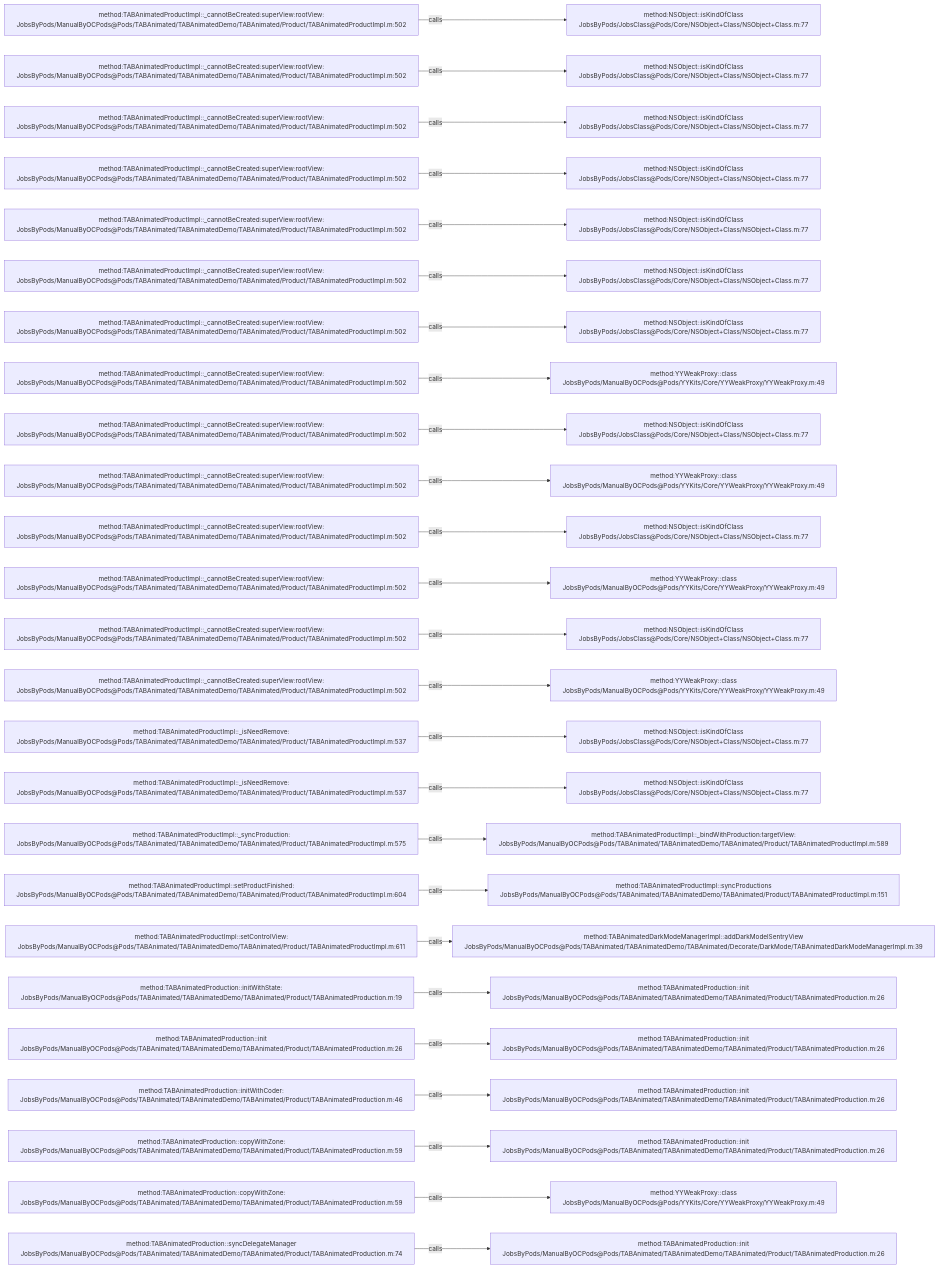
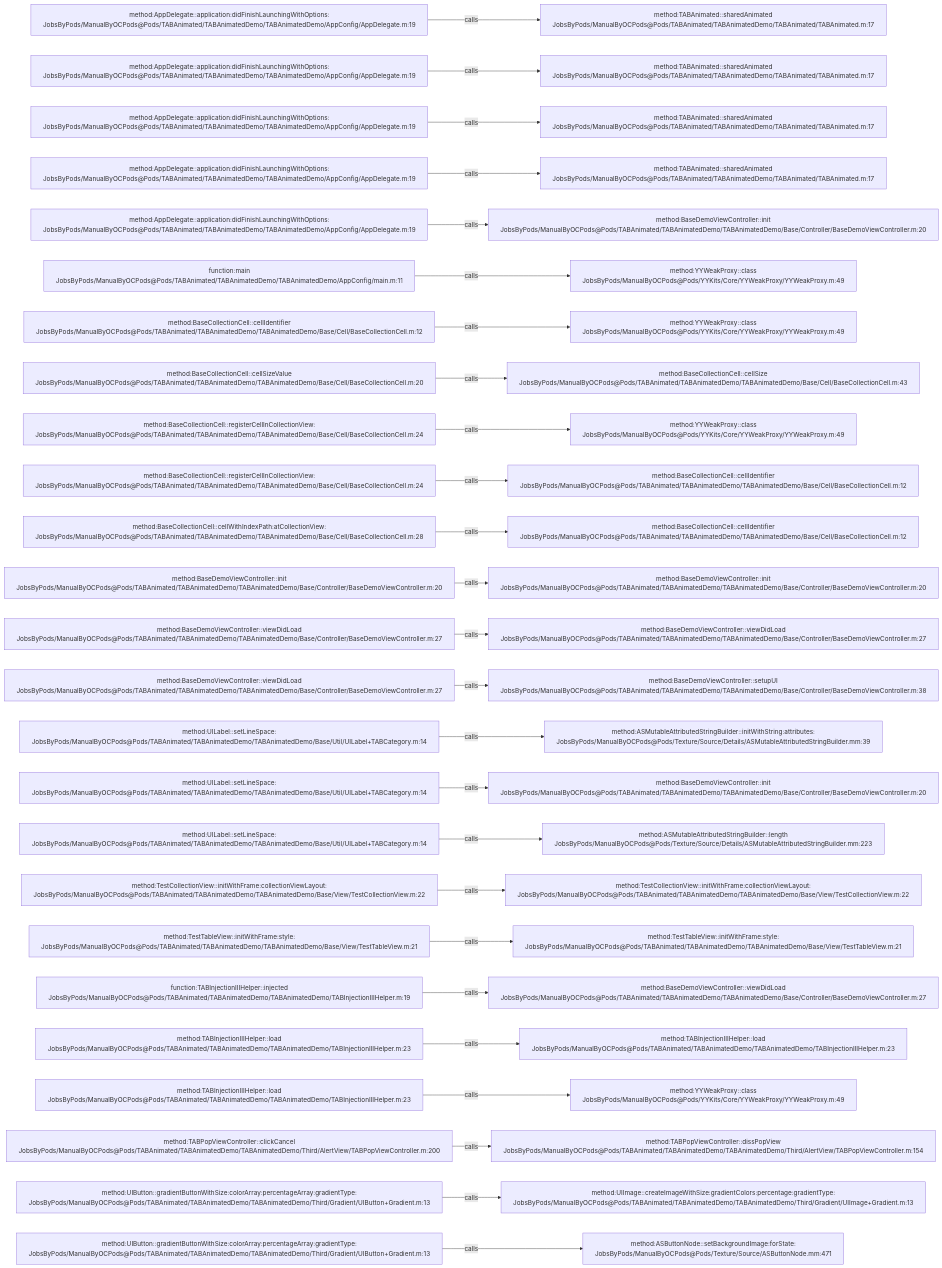
The diagram in .codegraph/codegraph.md/graphs/calls-038.md (JobsKits/JobsOCBaseConfigDemo), drawn with Mermaid before and after one commit. The commit also changed 1353 other files, not shown here.

````diff
--- a/.codegraph/codegraph.md/graphs/calls-038.md
+++ b/.codegraph/codegraph.md/graphs/calls-038.md
@@ -13,78 +13,78 @@
 ```mermaid
 flowchart LR
-  S1["method:TABAnimatedProductImpl::_cannotBeCreated:superView:rootView:<br/>JobsByPods/ManualByOCPods@Pods/TABAnimated/TABAnimatedDemo/TABAnimated/Product/TABAnimatedProductImpl.m:502"]
-  T1["method:NSObject::isKindOfClass<br/>JobsByPods/JobsClass@Pods/Core/NSObject+Class/NSObject+Class.m:77"]
+  S1["method:AppDelegate::application:didFinishLaunchingWithOptions:<br/>JobsByPods/ManualByOCPods@Pods/TABAnimated/TABAnimatedDemo/TABAnimatedDemo/AppConfig/AppDelegate.m:19"]
+  T1["method:TABAnimated::sharedAnimated<br/>JobsByPods/ManualByOCPods@Pods/TABAnimated/TABAnimatedDemo/TABAnimated/TABAnimated.m:17"]
   S1 -->|calls| T1
-  S2["method:TABAnimatedProductImpl::_cannotBeCreated:superView:rootView:<br/>JobsByPods/ManualByOCPods@Pods/TABAnimated/TABAnimatedDemo/TABAnimated/Product/TABAnimatedProductImpl.m:502"]
-  T2["method:NSObject::isKindOfClass<br/>JobsByPods/JobsClass@Pods/Core/NSObject+Class/NSObject+Class.m:77"]
+  S2["method:AppDelegate::application:didFinishLaunchingWithOptions:<br/>JobsByPods/ManualByOCPods@Pods/TABAnimated/TABAnimatedDemo/TABAnimatedDemo/AppConfig/AppDelegate.m:19"]
+  T2["method:TABAnimated::sharedAnimated<br/>JobsByPods/ManualByOCPods@Pods/TABAnimated/TABAnimatedDemo/TABAnimated/TABAnimated.m:17"]
   S2 -->|calls| T2
-  S3["method:TABAnimatedProductImpl::_cannotBeCreated:superView:rootView:<br/>JobsByPods/ManualByOCPods@Pods/TABAnimated/TABAnimatedDemo/TABAnimated/Product/TABAnimatedProductImpl.m:502"]
-  T3["method:NSObject::isKindOfClass<br/>JobsByPods/JobsClass@Pods/Core/NSObject+Class/NSObject+Class.m:77"]
+  S3["method:AppDelegate::application:didFinishLaunchingWithOptions:<br/>JobsByPods/ManualByOCPods@Pods/TABAnimated/TABAnimatedDemo/TABAnimatedDemo/AppConfig/AppDelegate.m:19"]
+  T3["method:TABAnimated::sharedAnimated<br/>JobsByPods/ManualByOCPods@Pods/TABAnimated/TABAnimatedDemo/TABAnimated/TABAnimated.m:17"]
   S3 -->|calls| T3
-  S4["method:TABAnimatedProductImpl::_cannotBeCreated:superView:rootView:<br/>JobsByPods/ManualByOCPods@Pods/TABAnimated/TABAnimatedDemo/TABAnimated/Product/TABAnimatedProductImpl.m:502"]
-  T4["method:NSObject::isKindOfClass<br/>JobsByPods/JobsClass@Pods/Core/NSObject+Class/NSObject+Class.m:77"]
+  S4["method:AppDelegate::application:didFinishLaunchingWithOptions:<br/>JobsByPods/ManualByOCPods@Pods/TABAnimated/TABAnimatedDemo/TABAnimatedDemo/AppConfig/AppDelegate.m:19"]
+  T4["method:TABAnimated::sharedAnimated<br/>JobsByPods/ManualByOCPods@Pods/TABAnimated/TABAnimatedDemo/TABAnimated/TABAnimated.m:17"]
   S4 -->|calls| T4
-  S5["method:TABAnimatedProductImpl::_cannotBeCreated:superView:rootView:<br/>JobsByPods/ManualByOCPods@Pods/TABAnimated/TABAnimatedDemo/TABAnimated/Product/TABAnimatedProductImpl.m:502"]
-  T5["method:NSObject::isKindOfClass<br/>JobsByPods/JobsClass@Pods/Core/NSObject+Class/NSObject+Class.m:77"]
+  S5["method:AppDelegate::application:didFinishLaunchingWithOptions:<br/>JobsByPods/ManualByOCPods@Pods/TABAnimated/TABAnimatedDemo/TABAnimatedDemo/AppConfig/AppDelegate.m:19"]
+  T5["method:BaseDemoViewController::init<br/>JobsByPods/ManualByOCPods@Pods/TABAnimated/TABAnimatedDemo/TABAnimatedDemo/Base/Controller/BaseDemoViewController.m:20"]
   S5 -->|calls| T5
-  S6["method:TABAnimatedProductImpl::_cannotBeCreated:superView:rootView:<br/>JobsByPods/ManualByOCPods@Pods/TABAnimated/TABAnimatedDemo/TABAnimated/Product/TABAnimatedProductImpl.m:502"]
-  T6["method:NSObject::isKindOfClass<br/>JobsByPods/JobsClass@Pods/Core/NSObject+Class/NSObject+Class.m:77"]
+  S6["function:main<br/>JobsByPods/ManualByOCPods@Pods/TABAnimated/TABAnimatedDemo/TABAnimatedDemo/AppConfig/main.m:11"]
+  T6["method:YYWeakProxy::class<br/>JobsByPods/ManualByOCPods@Pods/YYKits/Core/YYWeakProxy/YYWeakProxy.m:49"]
   S6 -->|calls| T6
-  S7["method:TABAnimatedProductImpl::_cannotBeCreated:superView:rootView:<br/>JobsByPods/ManualByOCPods@Pods/TABAnimated/TABAnimatedDemo/TABAnimated/Product/TABAnimatedProductImpl.m:502"]
-  T7["method:NSObject::isKindOfClass<br/>JobsByPods/JobsClass@Pods/Core/NSObject+Class/NSObject+Class.m:77"]
+  S7["method:BaseCollectionCell::cellIdentifier<br/>JobsByPods/ManualByOCPods@Pods/TABAnimated/TABAnimatedDemo/TABAnimatedDemo/Base/Cell/BaseCollectionCell.m:12"]
+  T7["method:YYWeakProxy::class<br/>JobsByPods/ManualByOCPods@Pods/YYKits/Core/YYWeakProxy/YYWeakProxy.m:49"]
   S7 -->|calls| T7
-  S8["method:TABAnimatedProductImpl::_cannotBeCreated:superView:rootView:<br/>JobsByPods/ManualByOCPods@Pods/TABAnimated/TABAnimatedDemo/TABAnimated/Product/TABAnimatedProductImpl.m:502"]
-  T8["method:YYWeakProxy::class<br/>JobsByPods/ManualByOCPods@Pods/YYKits/Core/YYWeakProxy/YYWeakProxy.m:49"]
+  S8["method:BaseCollectionCell::cellSizeValue<br/>JobsByPods/ManualByOCPods@Pods/TABAnimated/TABAnimatedDemo/TABAnimatedDemo/Base/Cell/BaseCollectionCell.m:20"]
+  T8["method:BaseCollectionCell::cellSize<br/>JobsByPods/ManualByOCPods@Pods/TABAnimated/TABAnimatedDemo/TABAnimatedDemo/Base/Cell/BaseCollectionCell.m:43"]
   S8 -->|calls| T8
-  S9["method:TABAnimatedProductImpl::_cannotBeCreated:superView:rootView:<br/>JobsByPods/ManualByOCPods@Pods/TABAnimated/TABAnimatedDemo/TABAnimated/Product/TABAnimatedProductImpl.m:502"]
-  T9["method:NSObject::isKindOfClass<br/>JobsByPods/JobsClass@Pods/Core/NSObject+Class/NSObject+Class.m:77"]
+  S9["method:BaseCollectionCell::registerCellInCollectionView:<br/>JobsByPods/ManualByOCPods@Pods/TABAnimated/TABAnimatedDemo/TABAnimatedDemo/Base/Cell/BaseCollectionCell.m:24"]
+  T9["method:YYWeakProxy::class<br/>JobsByPods/ManualByOCPods@Pods/YYKits/Core/YYWeakProxy/YYWeakProxy.m:49"]
   S9 -->|calls| T9
-  S10["method:TABAnimatedProductImpl::_cannotBeCreated:superView:rootView:<br/>JobsByPods/ManualByOCPods@Pods/TABAnimated/TABAnimatedDemo/TABAnimated/Product/TABAnimatedProductImpl.m:502"]
-  T10["method:YYWeakProxy::class<br/>JobsByPods/ManualByOCPods@Pods/YYKits/Core/YYWeakProxy/YYWeakProxy.m:49"]
+  S10["method:BaseCollectionCell::registerCellInCollectionView:<br/>JobsByPods/ManualByOCPods@Pods/TABAnimated/TABAnimatedDemo/TABAnimatedDemo/Base/Cell/BaseCollectionCell.m:24"]
+  T10["method:BaseCollectionCell::cellIdentifier<br/>JobsByPods/ManualByOCPods@Pods/TABAnimated/TABAnimatedDemo/TABAnimatedDemo/Base/Cell/BaseCollectionCell.m:12"]
   S10 -->|calls| T10
-  S11["method:TABAnimatedProductImpl::_cannotBeCreated:superView:rootView:<br/>JobsByPods/ManualByOCPods@Pods/TABAnimated/TABAnimatedDemo/TABAnimated/Product/TABAnimatedProductImpl.m:502"]
-  T11["method:NSObject::isKindOfClass<br/>JobsByPods/JobsClass@Pods/Core/NSObject+Class/NSObject+Class.m:77"]
+  S11["method:BaseCollectionCell::cellWithIndexPath:atCollectionView:<br/>JobsByPods/ManualByOCPods@Pods/TABAnimated/TABAnimatedDemo/TABAnimatedDemo/Base/Cell/BaseCollectionCell.m:28"]
+  T11["method:BaseCollectionCell::cellIdentifier<br/>JobsByPods/ManualByOCPods@Pods/TABAnimated/TABAnimatedDemo/TABAnimatedDemo/Base/Cell/BaseCollectionCell.m:12"]
   S11 -->|calls| T11
-  S12["method:TABAnimatedProductImpl::_cannotBeCreated:superView:rootView:<br/>JobsByPods/ManualByOCPods@Pods/TABAnimated/TABAnimatedDemo/TABAnimated/Product/TABAnimatedProductImpl.m:502"]
-  T12["method:YYWeakProxy::class<br/>JobsByPods/ManualByOCPods@Pods/YYKits/Core/YYWeakProxy/YYWeakProxy.m:49"]
+  S12["method:BaseDemoViewController::init<br/>JobsByPods/ManualByOCPods@Pods/TABAnimated/TABAnimatedDemo/TABAnimatedDemo/Base/Controller/BaseDemoViewController.m:20"]
+  T12["method:BaseDemoViewController::init<br/>JobsByPods/ManualByOCPods@Pods/TABAnimated/TABAnimatedDemo/TABAnimatedDemo/Base/Controller/BaseDemoViewController.m:20"]
   S12 -->|calls| T12
-  S13["method:TABAnimatedProductImpl::_cannotBeCreated:superView:rootView:<br/>JobsByPods/ManualByOCPods@Pods/TABAnimated/TABAnimatedDemo/TABAnimated/Product/TABAnimatedProductImpl.m:502"]
-  T13["method:NSObject::isKindOfClass<br/>JobsByPods/JobsClass@Pods/Core/NSObject+Class/NSObject+Class.m:77"]
+  S13["method:BaseDemoViewController::viewDidLoad<br/>JobsByPods/ManualByOCPods@Pods/TABAnimated/TABAnimatedDemo/TABAnimatedDemo/Base/Controller/BaseDemoViewController.m:27"]
+  T13["method:BaseDemoViewController::viewDidLoad<br/>JobsByPods/ManualByOCPods@Pods/TABAnimated/TABAnimatedDemo/TABAnimatedDemo/Base/Controller/BaseDemoViewController.m:27"]
   S13 -->|calls| T13
-  S14["method:TABAnimatedProductImpl::_cannotBeCreated:superView:rootView:<br/>JobsByPods/ManualByOCPods@Pods/TABAnimated/TABAnimatedDemo/TABAnimated/Product/TABAnimatedProductImpl.m:502"]
-  T14["method:YYWeakProxy::class<br/>JobsByPods/ManualByOCPods@Pods/YYKits/Core/YYWeakProxy/YYWeakProxy.m:49"]
+  S14["method:BaseDemoViewController::viewDidLoad<br/>JobsByPods/ManualByOCPods@Pods/TABAnimated/TABAnimatedDemo/TABAnimatedDemo/Base/Controller/BaseDemoViewController.m:27"]
+  T14["method:BaseDemoViewController::setupUI<br/>JobsByPods/ManualByOCPods@Pods/TABAnimated/TABAnimatedDemo/TABAnimatedDemo/Base/Controller/BaseDemoViewController.m:38"]
   S14 -->|calls| T14
-  S15["method:TABAnimatedProductImpl::_isNeedRemove:<br/>JobsByPods/ManualByOCPods@Pods/TABAnimated/TABAnimatedDemo/TABAnimated/Product/TABAnimatedProductImpl.m:537"]
-  T15["method:NSObject::isKindOfClass<br/>JobsByPods/JobsClass@Pods/Core/NSObject+Class/NSObject+Class.m:77"]
+  S15["method:UILabel::setLineSpace:<br/>JobsByPods/ManualByOCPods@Pods/TABAnimated/TABAnimatedDemo/TABAnimatedDemo/Base/Util/UILabel+TABCategory.m:14"]
+  T15["method:ASMutableAttributedStringBuilder::initWithString:attributes:<br/>JobsByPods/ManualByOCPods@Pods/Texture/Source/Details/ASMutableAttributedStringBuilder.mm:39"]
   S15 -->|calls| T15
-  S16["method:TABAnimatedProductImpl::_isNeedRemove:<br/>JobsByPods/ManualByOCPods@Pods/TABAnimated/TABAnimatedDemo/TABAnimated/Product/TABAnimatedProductImpl.m:537"]
-  T16["method:NSObject::isKindOfClass<br/>JobsByPods/JobsClass@Pods/Core/NSObject+Class/NSObject+Class.m:77"]
+  S16["method:UILabel::setLineSpace:<br/>JobsByPods/ManualByOCPods@Pods/TABAnimated/TABAnimatedDemo/TABAnimatedDemo/Base/Util/UILabel+TABCategory.m:14"]
+  T16["method:BaseDemoViewController::init<br/>JobsByPods/ManualByOCPods@Pods/TABAnimated/TABAnimatedDemo/TABAnimatedDemo/Base/Controller/BaseDemoViewController.m:20"]
   S16 -->|calls| T16
-  S17["method:TABAnimatedProductImpl::_syncProduction:<br/>JobsByPods/ManualByOCPods@Pods/TABAnimated/TABAnimatedDemo/TABAnimated/Product/TABAnimatedProductImpl.m:575"]
-  T17["method:TABAnimatedProductImpl::_bindWithProduction:targetView:<br/>JobsByPods/ManualByOCPods@Pods/TABAnimated/TABAnimatedDemo/TABAnimated/Product/TABAnimatedProductImpl.m:589"]
+  S17["method:UILabel::setLineSpace:<br/>JobsByPods/ManualByOCPods@Pods/TABAnimated/TABAnimatedDemo/TABAnimatedDemo/Base/Util/UILabel+TABCategory.m:14"]
+  T17["method:ASMutableAttributedStringBuilder::length<br/>JobsByPods/ManualByOCPods@Pods/Texture/Source/Details/ASMutableAttributedStringBuilder.mm:223"]
   S17 -->|calls| T17
-  S18["method:TABAnimatedProductImpl::setProductFinished:<br/>JobsByPods/ManualByOCPods@Pods/TABAnimated/TABAnimatedDemo/TABAnimated/Product/TABAnimatedProductImpl.m:604"]
-  T18["method:TABAnimatedProductImpl::syncProductions<br/>JobsByPods/ManualByOCPods@Pods/TABAnimated/TABAnimatedDemo/TABAnimated/Product/TABAnimatedProductImpl.m:151"]
+  S18["method:TestCollectionView::initWithFrame:collectionViewLayout:<br/>JobsByPods/ManualByOCPods@Pods/TABAnimated/TABAnimatedDemo/TABAnimatedDemo/Base/View/TestCollectionView.m:22"]
+  T18["method:TestCollectionView::initWithFrame:collectionViewLayout:<br/>JobsByPods/ManualByOCPods@Pods/TABAnimated/TABAnimatedDemo/TABAnimatedDemo/Base/View/TestCollectionView.m:22"]
   S18 -->|calls| T18
-  S19["method:TABAnimatedProductImpl::setControlView:<br/>JobsByPods/ManualByOCPods@Pods/TABAnimated/TABAnimatedDemo/TABAnimated/Product/TABAnimatedProductImpl.m:611"]
-  T19["method:TABAnimatedDarkModeManagerImpl::addDarkModelSentryView<br/>JobsByPods/ManualByOCPods@Pods/TABAnimated/TABAnimatedDemo/TABAnimated/Decorate/DarkMode/TABAnimatedDarkModeManagerImpl.m:39"]
+  S19["method:TestTableView::initWithFrame:style:<br/>JobsByPods/ManualByOCPods@Pods/TABAnimated/TABAnimatedDemo/TABAnimatedDemo/Base/View/TestTableView.m:21"]
+  T19["method:TestTableView::initWithFrame:style:<br/>JobsByPods/ManualByOCPods@Pods/TABAnimated/TABAnimatedDemo/TABAnimatedDemo/Base/View/TestTableView.m:21"]
   S19 -->|calls| T19
-  S20["method:TABAnimatedProduction::initWithState:<br/>JobsByPods/ManualByOCPods@Pods/TABAnimated/TABAnimatedDemo/TABAnimated/Product/TABAnimatedProduction.m:19"]
-  T20["method:TABAnimatedProduction::init<br/>JobsByPods/ManualByOCPods@Pods/TABAnimated/TABAnimatedDemo/TABAnimated/Product/TABAnimatedProduction.m:26"]
+  S20["function:TABInjectionIIIHelper::injected<br/>JobsByPods/ManualByOCPods@Pods/TABAnimated/TABAnimatedDemo/TABAnimatedDemo/TABInjectionIIIHelper.m:19"]
+  T20["method:BaseDemoViewController::viewDidLoad<br/>JobsByPods/ManualByOCPods@Pods/TABAnimated/TABAnimatedDemo/TABAnimatedDemo/Base/Controller/BaseDemoViewController.m:27"]
   S20 -->|calls| T20
-  S21["method:TABAnimatedProduction::init<br/>JobsByPods/ManualByOCPods@Pods/TABAnimated/TABAnimatedDemo/TABAnimated/Product/TABAnimatedProduction.m:26"]
-  T21["method:TABAnimatedProduction::init<br/>JobsByPods/ManualByOCPods@Pods/TABAnimated/TABAnimatedDemo/TABAnimated/Product/TABAnimatedProduction.m:26"]
+  S21["method:TABInjectionIIIHelper::load<br/>JobsByPods/ManualByOCPods@Pods/TABAnimated/TABAnimatedDemo/TABAnimatedDemo/TABInjectionIIIHelper.m:23"]
+  T21["method:TABInjectionIIIHelper::load<br/>JobsByPods/ManualByOCPods@Pods/TABAnimated/TABAnimatedDemo/TABAnimatedDemo/TABInjectionIIIHelper.m:23"]
   S21 -->|calls| T21
-  S22["method:TABAnimatedProduction::initWithCoder:<br/>JobsByPods/ManualByOCPods@Pods/TABAnimated/TABAnimatedDemo/TABAnimated/Product/TABAnimatedProduction.m:46"]
-  T22["method:TABAnimatedProduction::init<br/>JobsByPods/ManualByOCPods@Pods/TABAnimated/TABAnimatedDemo/TABAnimated/Product/TABAnimatedProduction.m:26"]
+  S22["method:TABInjectionIIIHelper::load<br/>JobsByPods/ManualByOCPods@Pods/TABAnimated/TABAnimatedDemo/TABAnimatedDemo/TABInjectionIIIHelper.m:23"]
+  T22["method:YYWeakProxy::class<br/>JobsByPods/ManualByOCPods@Pods/YYKits/Core/YYWeakProxy/YYWeakProxy.m:49"]
   S22 -->|calls| T22
-  S23["method:TABAnimatedProduction::copyWithZone:<br/>JobsByPods/ManualByOCPods@Pods/TABAnimated/TABAnimatedDemo/TABAnimated/Product/TABAnimatedProduction.m:59"]
-  T23["method:TABAnimatedProduction::init<br/>JobsByPods/ManualByOCPods@Pods/TABAnimated/TABAnimatedDemo/TABAnimated/Product/TABAnimatedProduction.m:26"]
+  S23["method:TABPopViewController::clickCancel<br/>JobsByPods/ManualByOCPods@Pods/TABAnimated/TABAnimatedDemo/TABAnimatedDemo/Third/AlertView/TABPopViewController.m:200"]
+  T23["method:TABPopViewController::dissPopView<br/>JobsByPods/ManualByOCPods@Pods/TABAnimated/TABAnimatedDemo/TABAnimatedDemo/Third/AlertView/TABPopViewController.m:154"]
   S23 -->|calls| T23
-  S24["method:TABAnimatedProduction::copyWithZone:<br/>JobsByPods/ManualByOCPods@Pods/TABAnimated/TABAnimatedDemo/TABAnimated/Product/TABAnimatedProduction.m:59"]
-  T24["method:YYWeakProxy::class<br/>JobsByPods/ManualByOCPods@Pods/YYKits/Core/YYWeakProxy/YYWeakProxy.m:49"]
+  S24["method:UIButton::gradientButtonWithSize:colorArray:percentageArray:gradientType:<br/>JobsByPods/ManualByOCPods@Pods/TABAnimated/TABAnimatedDemo/TABAnimatedDemo/Third/Gradient/UIButton+Gradient.m:13"]
+  T24["method:UIImage::createImageWithSize:gradientColors:percentage:gradientType:<br/>JobsByPods/ManualByOCPods@Pods/TABAnimated/TABAnimatedDemo/TABAnimatedDemo/Third/Gradient/UIImage+Gradient.m:13"]
   S24 -->|calls| T24
-  S25["method:TABAnimatedProduction::syncDelegateManager<br/>JobsByPods/ManualByOCPods@Pods/TABAnimated/TABAnimatedDemo/TABAnimated/Product/TABAnimatedProduction.m:74"]
-  T25["method:TABAnimatedProduction::init<br/>JobsByPods/ManualByOCPods@Pods/TABAnimated/TABAnimatedDemo/TABAnimated/Product/TABAnimatedProduction.m:26"]
+  S25["method:UIButton::gradientButtonWithSize:colorArray:percentageArray:gradientType:<br/>JobsByPods/ManualByOCPods@Pods/TABAnimated/TABAnimatedDemo/TABAnimatedDemo/Third/Gradient/UIButton+Gradient.m:13"]
+  T25["method:ASButtonNode::setBackgroundImage:forState:<br/>JobsByPods/ManualByOCPods@Pods/Texture/Source/ASButtonNode.mm:471"]
   S25 -->|calls| T25
 ```
````
